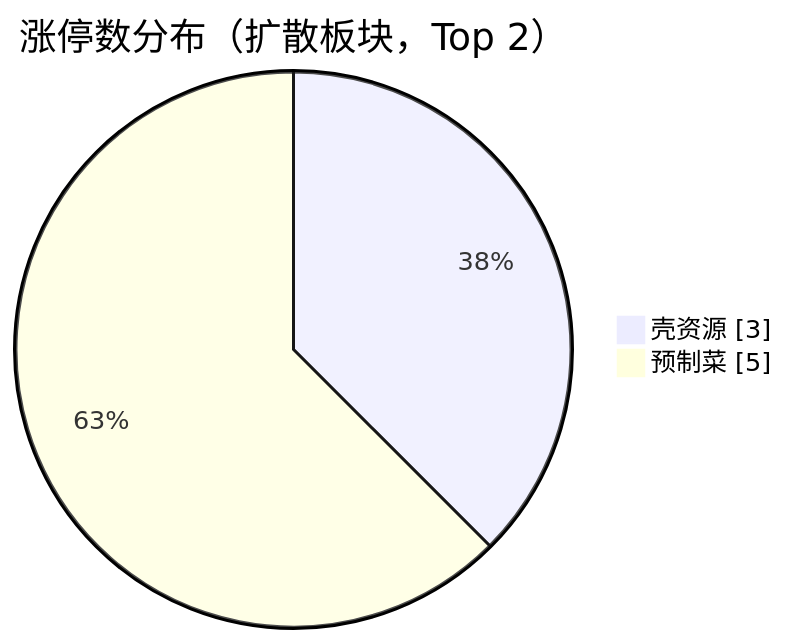
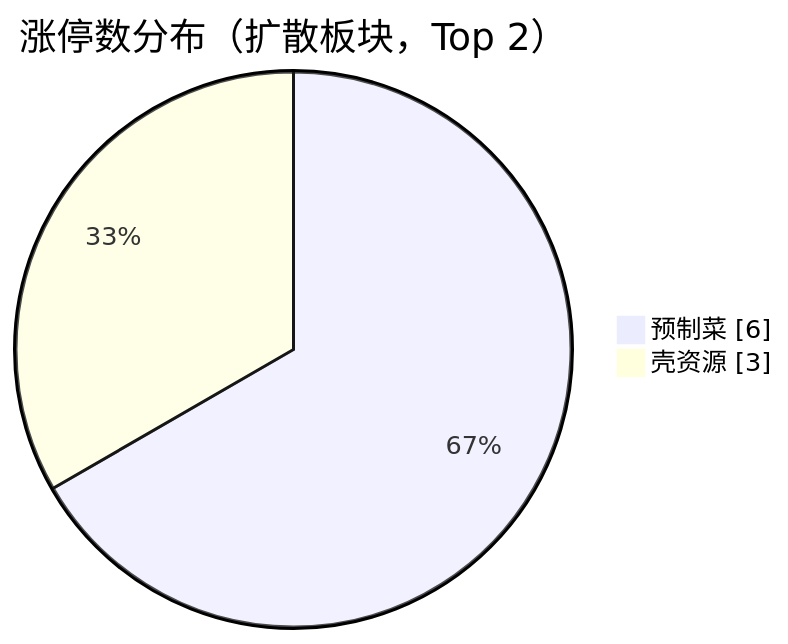
One commit to chenyang1999/chzl-kg changed the first of 3 diagrams in content/投研交易/盘中分析/20261112.md. Above: the diagram before and after it, drawn with Mermaid. The commit also changed other lines of this file, not shown here.

````diff
--- a/content/投研交易/盘中分析/20261112.md
+++ b/content/投研交易/盘中分析/20261112.md
@@ -30,6 +30,6 @@
 ```mermaid
 pie showData
     title 涨停数分布（扩散板块，Top 2）
+    "预制菜" : 6
     "壳资源" : 3
-    "预制菜" : 5
 ```
````
